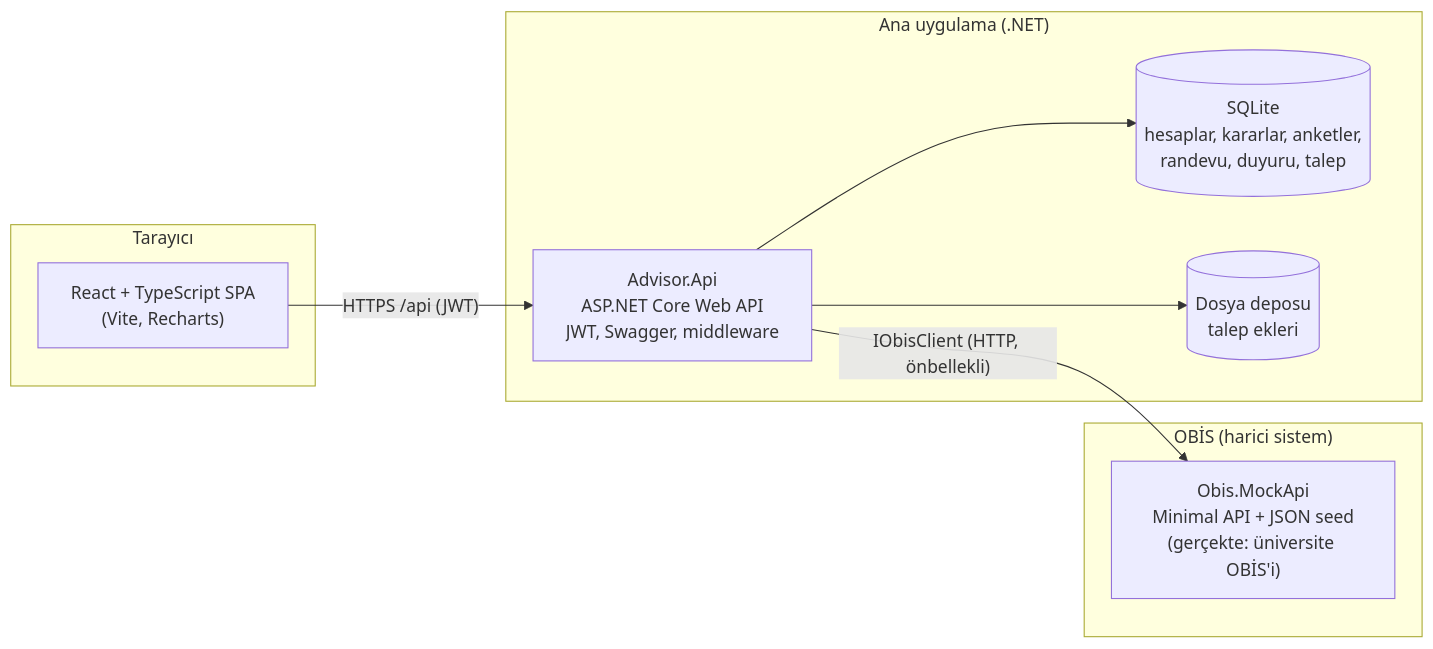
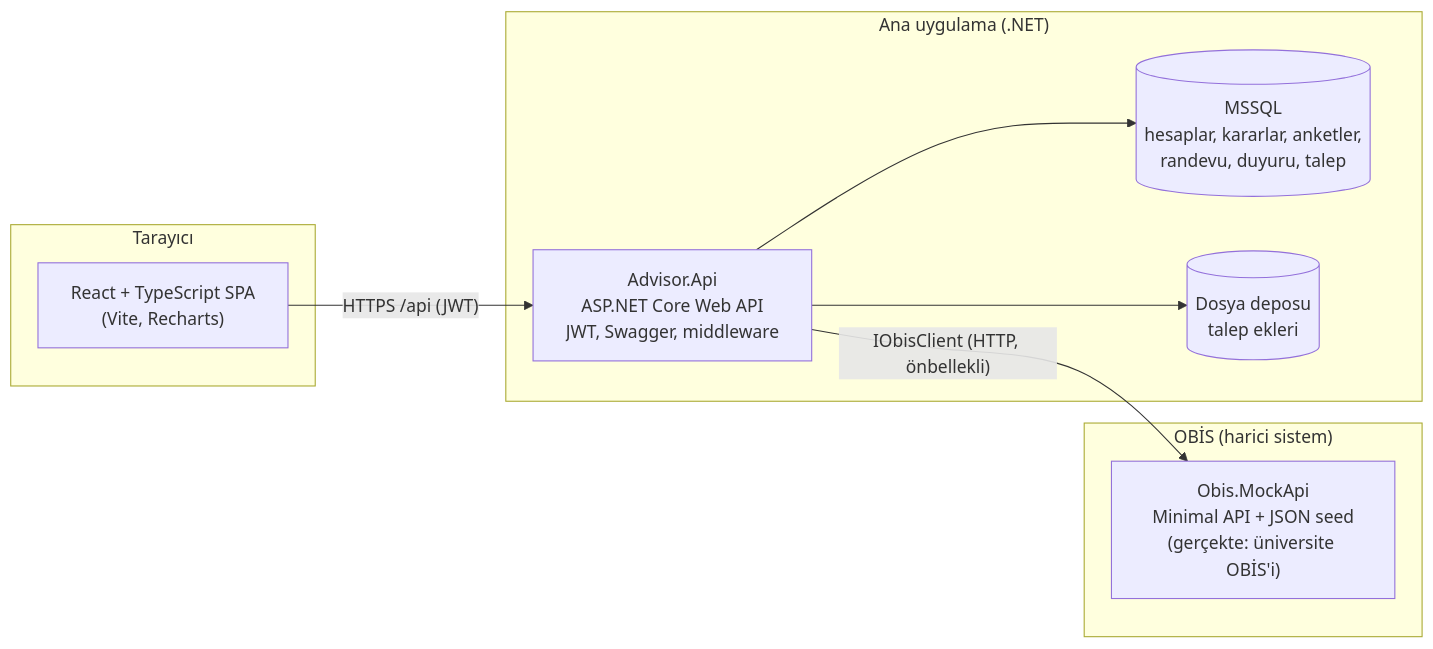
The first of 9 diagrams in docs/ARCHITECTURE.md (hmzbskn/ODBS), drawn with Mermaid before and after one commit. The commit also changed other lines of this file and 65 other files, not shown here.

````diff
--- a/docs/ARCHITECTURE.md
+++ b/docs/ARCHITECTURE.md
@@ -29,19 +29,19 @@
 ```mermaid
 flowchart LR
     subgraph Tarayici["Tarayıcı"]
         UI["React + TypeScript SPA<br/>(Vite, Recharts)"]
     end
     subgraph Ana["Ana uygulama (.NET)"]
         API["Advisor.Api<br/>ASP.NET Core Web API<br/>JWT, Swagger, middleware"]
-        DB[("SQLite<br/>hesaplar, kararlar, anketler,<br/>randevu, duyuru, talep")]
+        DB[("MSSQL<br/>hesaplar, kararlar, anketler,<br/>randevu, duyuru, talep")]
         FS[("Dosya deposu<br/>talep ekleri")]
     end
     subgraph Obis["OBİS (harici sistem)"]
         MOCK["Obis.MockApi<br/>Minimal API + JSON seed<br/>(gerçekte: üniversite OBİS'i)"]
     end
 
     UI -- "HTTPS /api (JWT)" --> API
     API --> DB
     API --> FS
     API -- "IObisClient (HTTP, önbellekli)" --> MOCK
 ```
````
